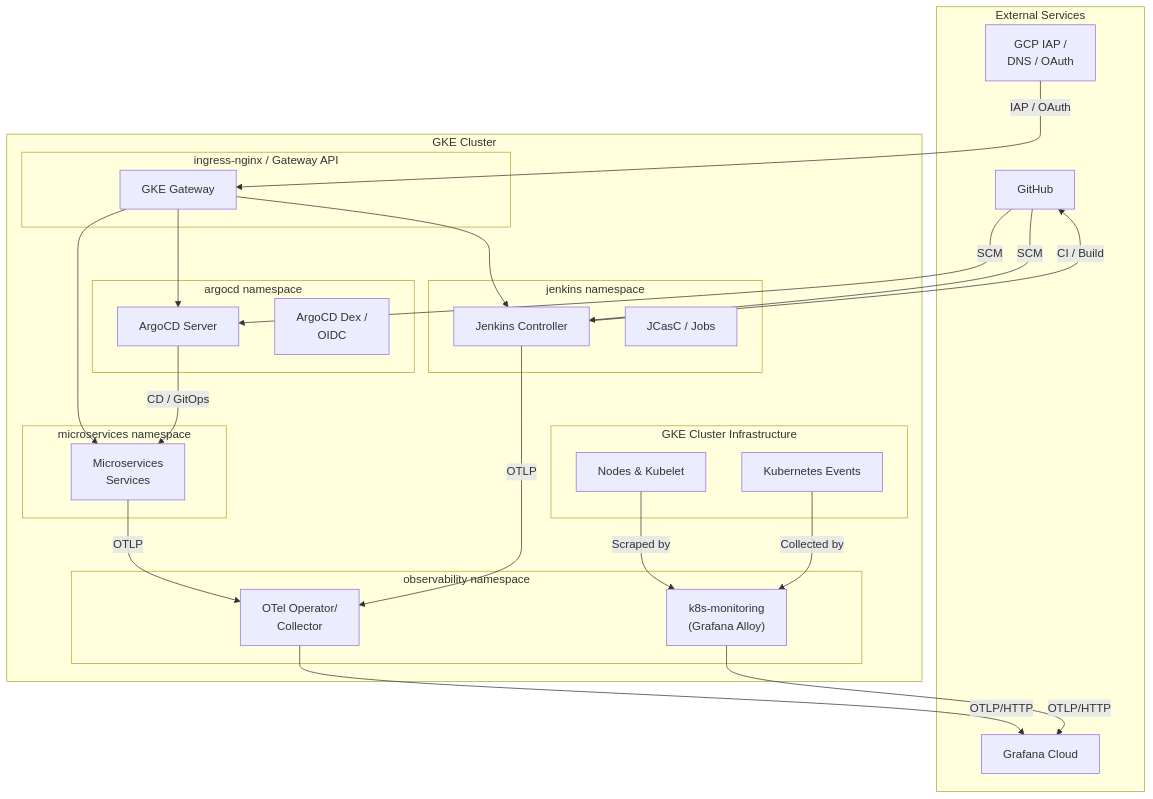
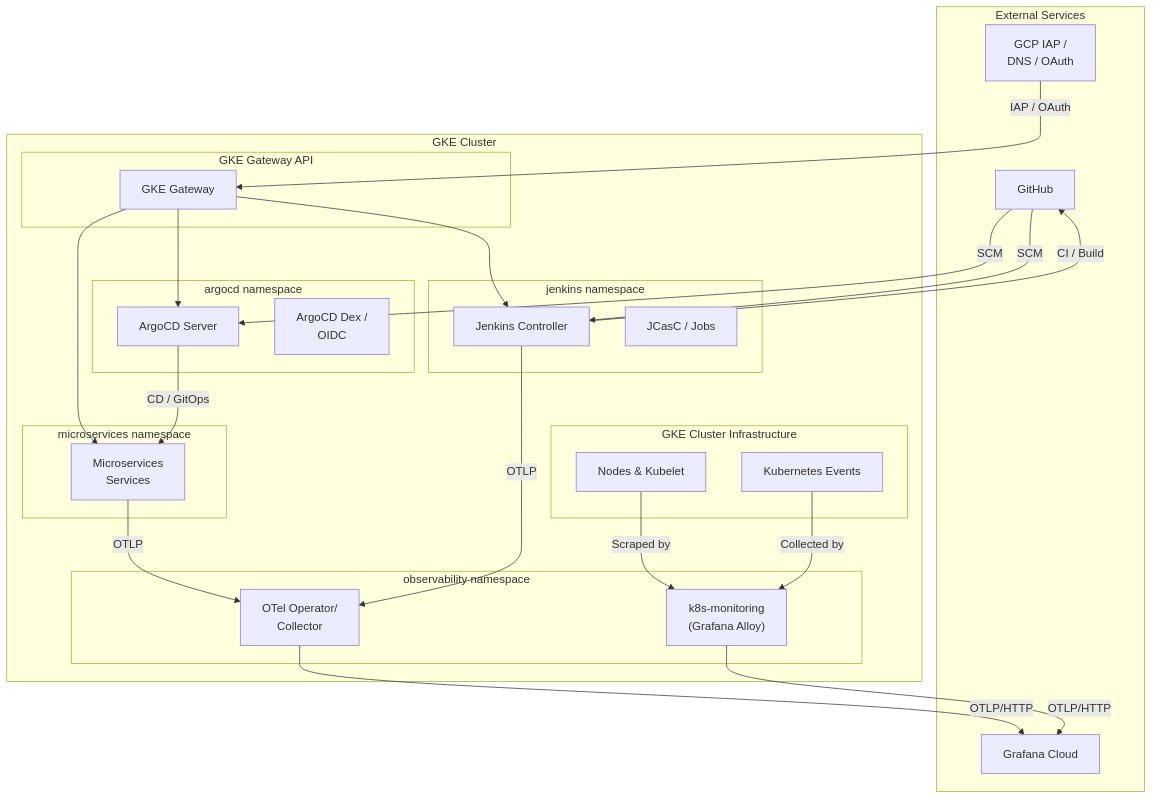
The first of 8 diagrams in docs/201-ARCHITECTURE.md (nubenetes/jenkins-2026), drawn with Mermaid before and after one commit. The commit also changed other lines of this file and 10 other files, not shown here.

````diff
--- a/docs/201-ARCHITECTURE.md
+++ b/docs/201-ARCHITECTURE.md
@@ -25,54 +25,54 @@
 ```mermaid
 graph TB
     subgraph "External Services"
         GH["GitHub"]
         GC["Grafana Cloud"]
         GCP["GCP IAP /<br/>DNS / OAuth"]
     end
 
     subgraph "GKE Cluster"
-        subgraph "ingress-nginx / Gateway API"
+        subgraph "GKE Gateway API"
             GW["GKE Gateway"]
         end
 
         subgraph "jenkins namespace"
             J["Jenkins Controller"]
             JC["JCasC / Jobs"]
         end
 
         subgraph "argocd namespace"
             ACD["ArgoCD Server"]
             DEX["ArgoCD Dex /<br/>OIDC"]
         end
 
         subgraph "observability namespace"
             OTEL["OTel Operator/<br/>Collector"]
             K8S["k8s-monitoring<br/>(Grafana Alloy)"]
         end
 
         subgraph "microservices namespace"
             PCS["Microservices<br/>Services"]
         end
 
         subgraph "GKE Cluster Infrastructure"
             NODES["Nodes & Kubelet"]
             EVENTS["Kubernetes Events"]
         end
     end
 
     GH -->|SCM| J
     GH -->|SCM| ACD
     GCP -->|"IAP / OAuth"| GW
     GW --> J
     GW --> ACD
     GW --> PCS
     J -->|"CI / Build"| GH
     ACD -->|"CD / GitOps"| PCS
     PCS -->|OTLP| OTEL
     J -->|OTLP| OTEL
     OTEL -->|OTLP/HTTP| GC
 
     NODES -->|Scraped by| K8S
     EVENTS -->|Collected by| K8S
     K8S -->|OTLP/HTTP| GC
 ```
````
